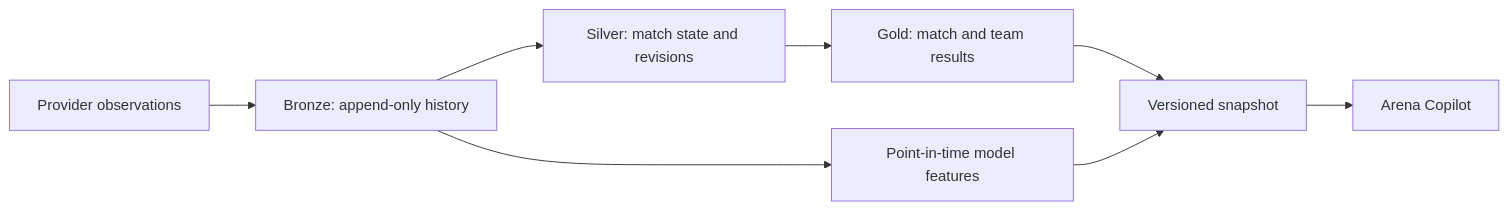
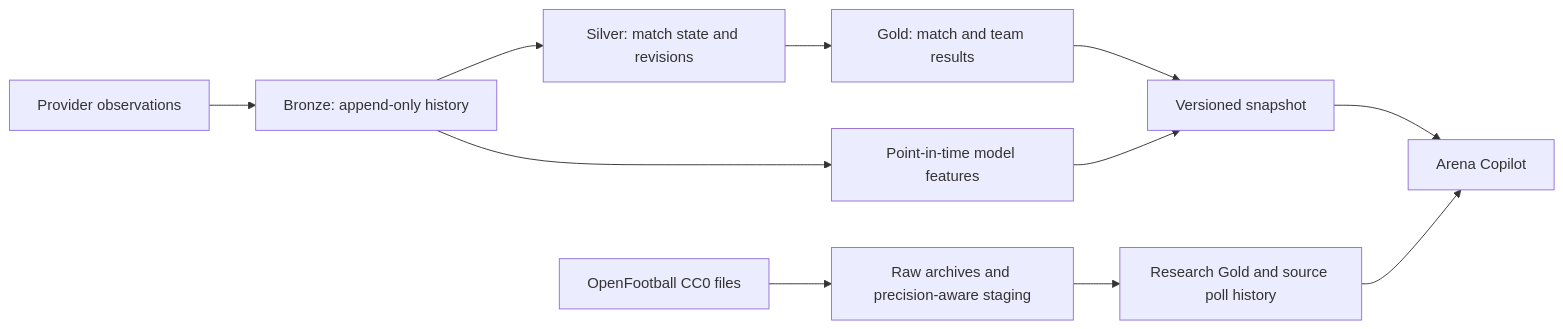
The diagram in README.md (Manuelma4/arena-lakehouse), drawn with Mermaid before and after one commit. The commit also changed other lines of this file and 15 other files, not shown here.

Commit message:
Add free OpenFootball acquisition and precision-aware research exports

````diff
--- a/README.md
+++ b/README.md
@@ -19,10 +19,13 @@
 ```mermaid
 flowchart LR
     A[Provider observations] --> B[Bronze: append-only history]
     B --> C[Silver: match state and revisions]
     C --> D[Gold: match and team results]
     B --> E[Point-in-time model features]
     D --> F[Versioned snapshot]
     E --> F
     F --> G[Arena Copilot]
+    H[OpenFootball CC0 files] --> I[Raw archives and precision-aware staging]
+    I --> J[Research Gold and source poll history]
+    J --> G
 ```
````
